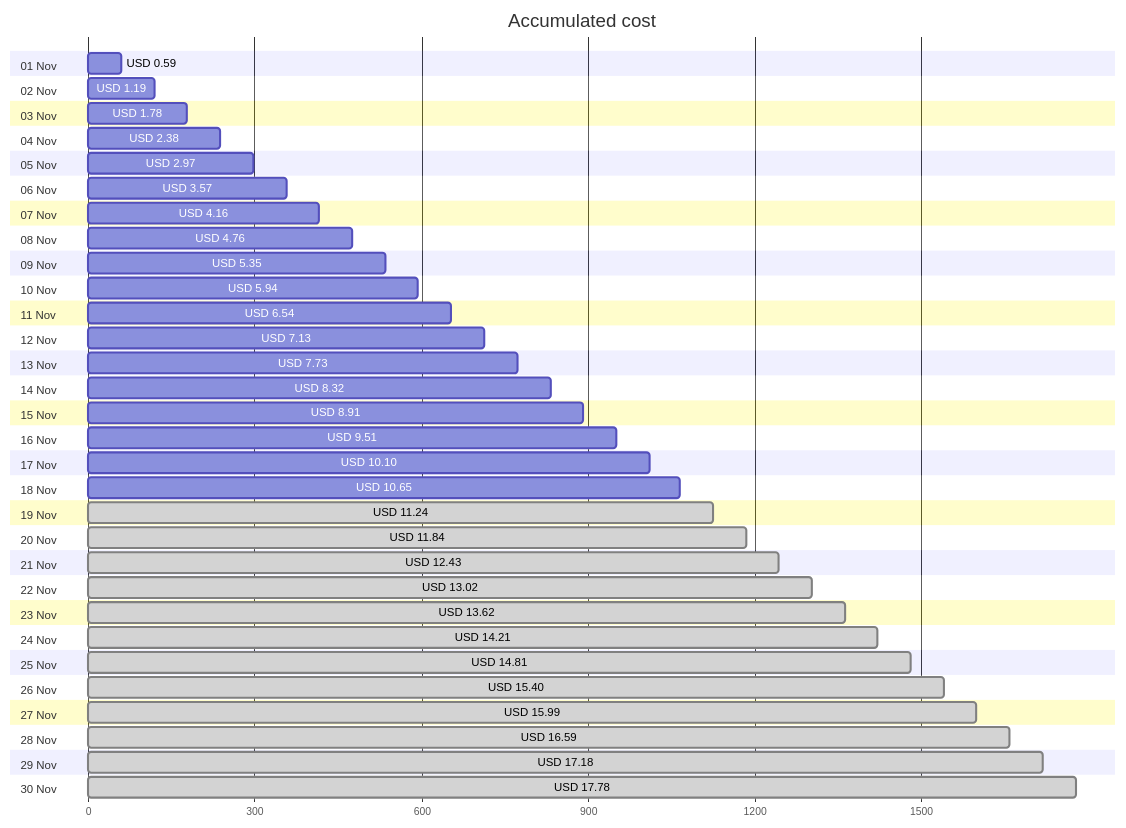
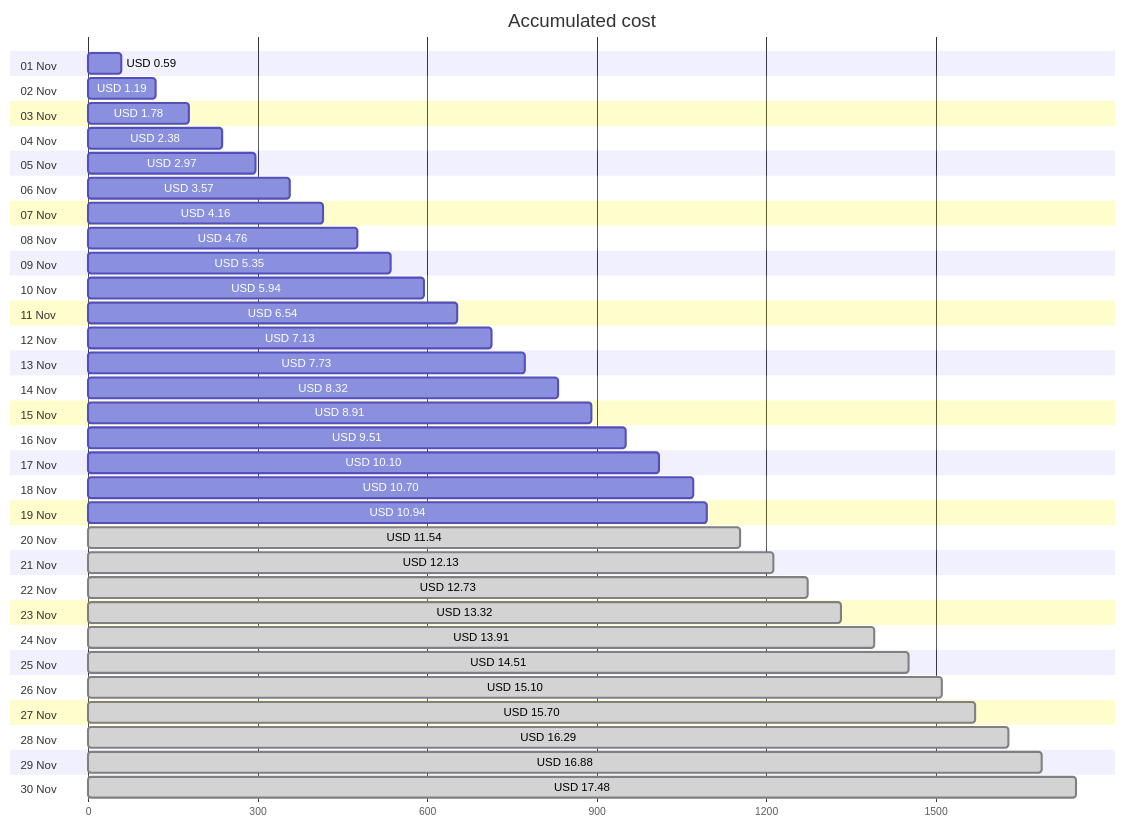
One commit to jpfulton/azure-personal-reports changed the first of 4 diagrams in cost-reports/personal-site/README.md. Above: the diagram before and after it, drawn with Mermaid. The commit also changed other lines of this file and 6 other files, not shown here.

````diff
--- a/cost-reports/personal-site/README.md
+++ b/cost-reports/personal-site/README.md
@@ -20,66 +20,66 @@
 ```mermaid
 gantt
    title Accumulated cost
    dateFormat  X
    axisFormat %s
    section 01 Nov
    USD 0.59 :0, 59
    section 02 Nov
    USD 1.19 :0, 119
    section 03 Nov
    USD 1.78 :0, 178
    section 04 Nov
    USD 2.38 :0, 238
    section 05 Nov
    USD 2.97 :0, 297
    section 06 Nov
    USD 3.57 :0, 357
    section 07 Nov
    USD 4.16 :0, 416
    section 08 Nov
    USD 4.76 :0, 476
    section 09 Nov
    USD 5.35 :0, 535
    section 10 Nov
    USD 5.94 :0, 594
    section 11 Nov
    USD 6.54 :0, 654
    section 12 Nov
    USD 7.13 :0, 713
    section 13 Nov
    USD 7.73 :0, 773
    section 14 Nov
    USD 8.32 :0, 832
    section 15 Nov
    USD 8.91 :0, 891
    section 16 Nov
    USD 9.51 :0, 951
    section 17 Nov
    USD 10.10 :0, 1010
    section 18 Nov
-   USD 10.65 :0, 1065
+   USD 10.70 :0, 1070
    section 19 Nov
-   USD 11.24 : done, 0, 1124
+   USD 10.94 :0, 1094
    section 20 Nov
-   USD 11.84 : done, 0, 1184
+   USD 11.54 : done, 0, 1154
    section 21 Nov
-   USD 12.43 : done, 0, 1243
+   USD 12.13 : done, 0, 1213
    section 22 Nov
-   USD 13.02 : done, 0, 1302
+   USD 12.73 : done, 0, 1273
    section 23 Nov
-   USD 13.62 : done, 0, 1362
+   USD 13.32 : done, 0, 1332
    section 24 Nov
-   USD 14.21 : done, 0, 1421
+   USD 13.91 : done, 0, 1391
    section 25 Nov
-   USD 14.81 : done, 0, 1481
+   USD 14.51 : done, 0, 1451
    section 26 Nov
-   USD 15.40 : done, 0, 1540
+   USD 15.10 : done, 0, 1510
    section 27 Nov
-   USD 15.99 : done, 0, 1599
+   USD 15.70 : done, 0, 1570
    section 28 Nov
-   USD 16.59 : done, 0, 1659
+   USD 16.29 : done, 0, 1629
    section 29 Nov
-   USD 17.18 : done, 0, 1718
+   USD 16.88 : done, 0, 1688
    section 30 Nov
-   USD 17.78 : done, 0, 1778
+   USD 17.48 : done, 0, 1748
 ```
````
